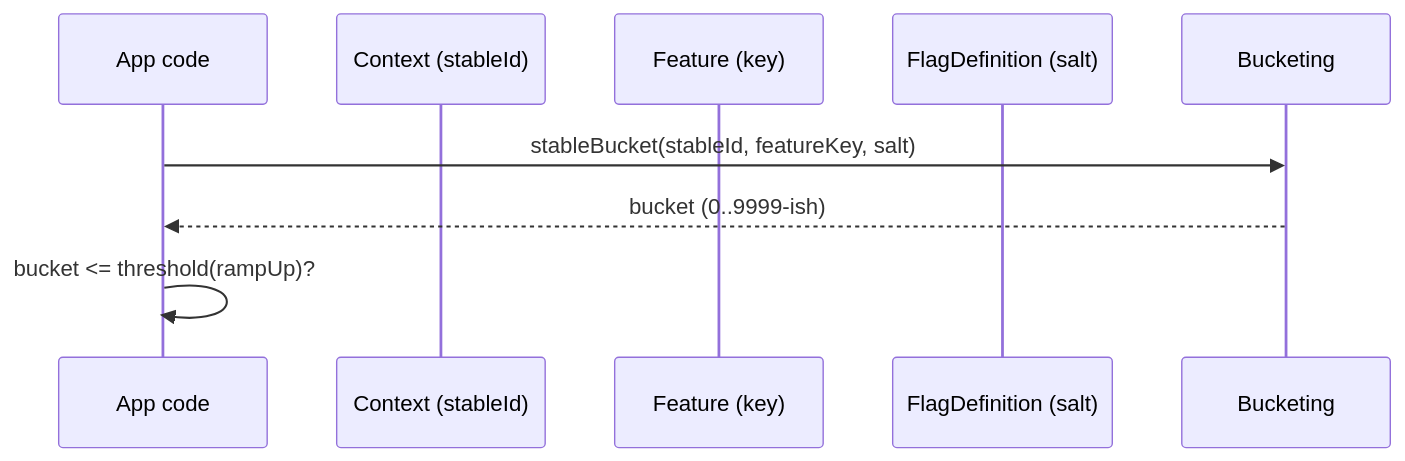
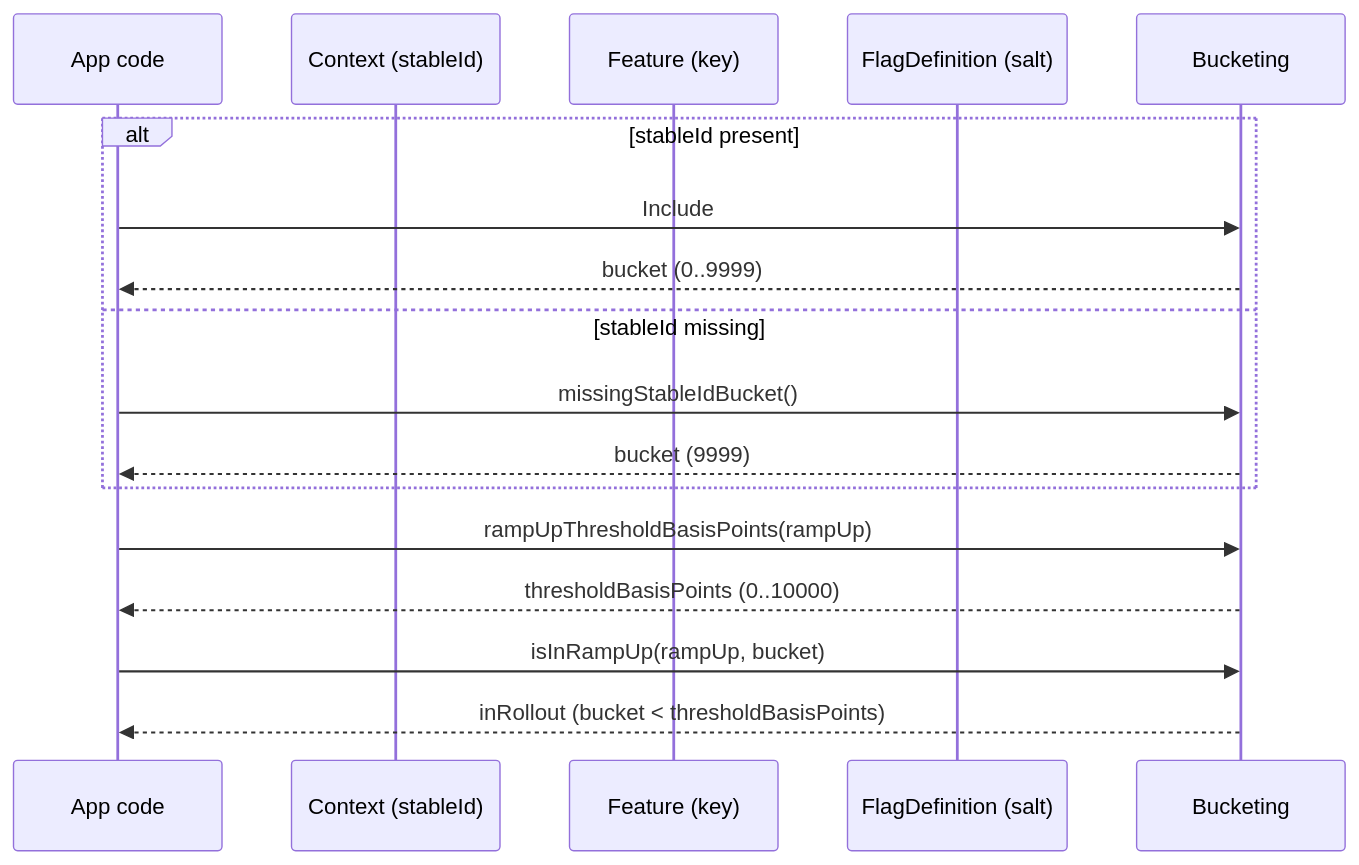
The first of 2 diagrams in docs/rollouts-and-bucketing.md (amichne/konditional), drawn with Mermaid before and after one commit. The commit also changed other lines of this file and 55 other files, not shown here.

````diff
--- a/docs/rollouts-and-bucketing.md
+++ b/docs/rollouts-and-bucketing.md
@@ -46,11 +46,19 @@
 ```mermaid
 sequenceDiagram
   participant App as App code
   participant C as Context (stableId)
   participant F as Feature (key)
   participant D as FlagDefinition (salt)
   participant B as Bucketing
-  App->>B: stableBucket(stableId, featureKey, salt)
-  B-->>App: bucket (0..9999-ish)
-  App->>App: bucket <= threshold(rampUp)?
+  alt stableId present
+    App->>B: Include
+    B-->>App: bucket (0..9999)
+  else stableId missing
+    App->>B: missingStableIdBucket() 
+    B-->>App: bucket (9999)
+  end
+  App->>B: rampUpThresholdBasisPoints(rampUp)
+  B-->>App: thresholdBasisPoints (0..10000)
+  App->>B: isInRampUp(rampUp, bucket)
+  B-->>App: inRollout (bucket < thresholdBasisPoints)
 ```
````
